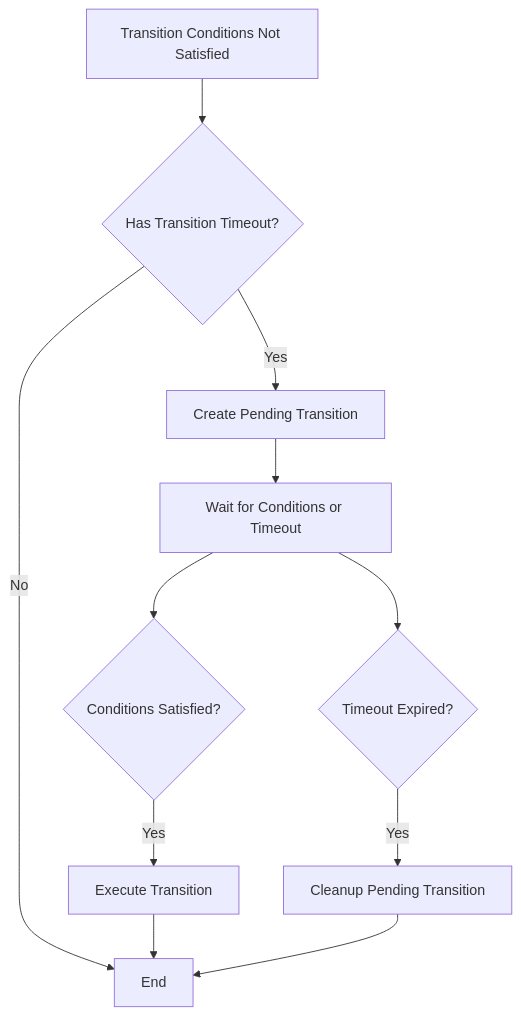
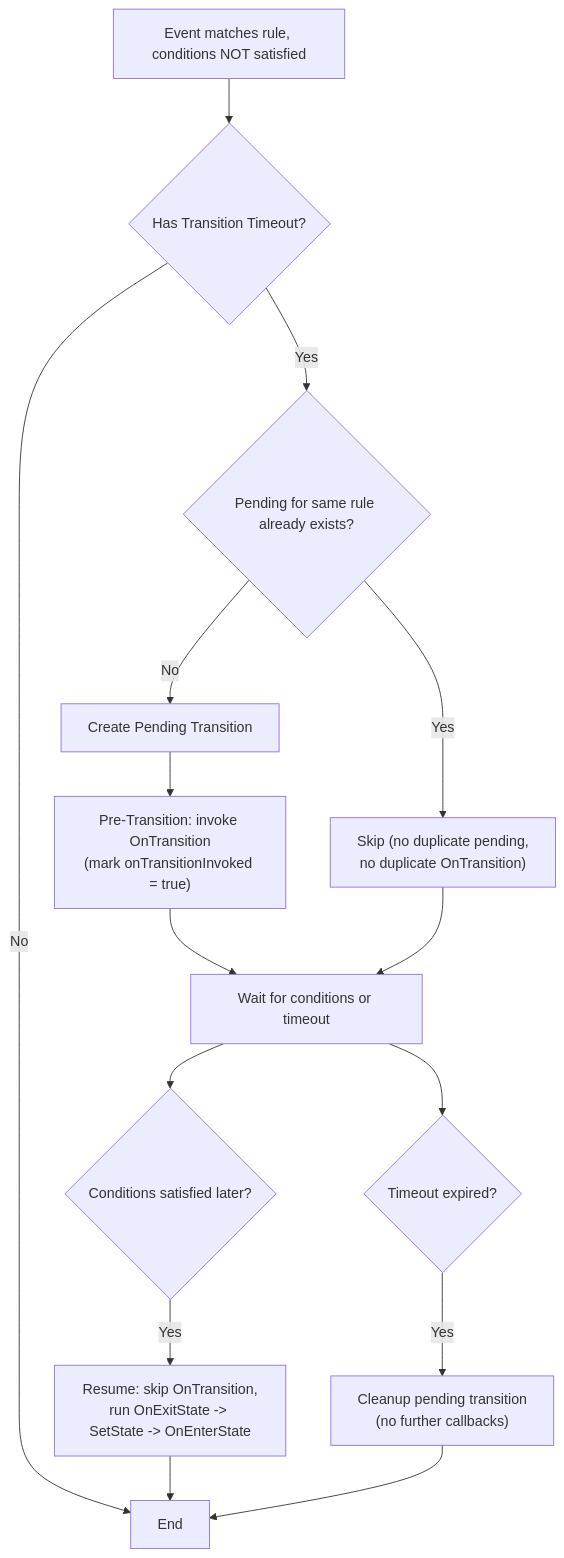
One commit to JUSTLIKEHU/StateMachine_Frame changed the fifth of 6 diagrams in README.md. Above: the diagram before and after it, drawn with Mermaid. The commit also changed other lines of this file and 15 other files, not shown here.

First line of the commit message:
feat(smf): add two-phase OnTransition for pending transitions

````diff
--- a/README.md
+++ b/README.md
@@ -1362,16 +1406,20 @@
 ```mermaid
 graph TD
-    Start["Transition Conditions Not Satisfied"] --> CheckTimeout{"Has Transition Timeout?"}
-    CheckTimeout -- Yes --> CreatePending["Create Pending Transition"]
+    Start["Event matches rule, conditions NOT satisfied"] --> CheckTimeout{"Has Transition Timeout?"}
     CheckTimeout -- No --> End[End]
+    CheckTimeout -- Yes --> Dedup{"Pending for same rule already exists?"}
+    Dedup -- "Yes" --> SkipDup["Skip (no duplicate pending,<br>no duplicate OnTransition)"]
+    Dedup -- "No" --> CreatePending["Create Pending Transition"]
+    CreatePending --> EarlyCb["Pre-Transition: invoke OnTransition<br>(mark onTransitionInvoked = true)"]
+    EarlyCb --> WaitCondition["Wait for conditions or timeout"]
+    SkipDup --> WaitCondition
     
-    CreatePending --> WaitCondition["Wait for Conditions or Timeout"]
-    WaitCondition --> ConditionSatisfied{"Conditions Satisfied?"}
-    WaitCondition --> TimeoutExpired{"Timeout Expired?"}
+    WaitCondition --> ConditionSatisfied{"Conditions satisfied later?"}
+    WaitCondition --> TimeoutExpired{"Timeout expired?"}
     
-    ConditionSatisfied -- Yes --> ExecuteTransition["Execute Transition"]
-    TimeoutExpired -- Yes --> CleanupPending["Cleanup Pending Transition"]
+    ConditionSatisfied -- Yes --> Resume["Resume: skip OnTransition,<br>run OnExitState -> SetState -> OnEnterState"]
+    TimeoutExpired -- Yes --> CleanupPending["Cleanup pending transition<br>(no further callbacks)"]
     
-    ExecuteTransition --> End
+    Resume --> End
     CleanupPending --> End
 ```
````
